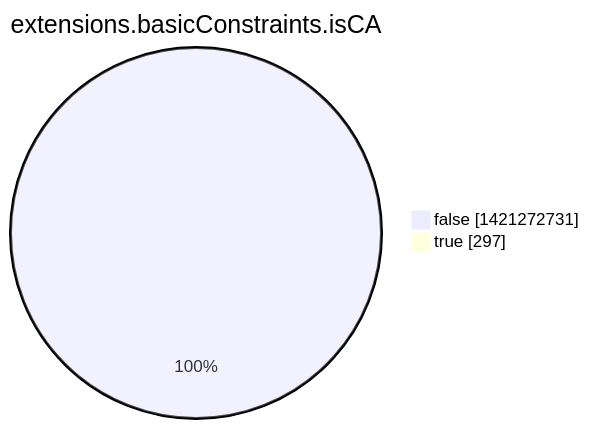
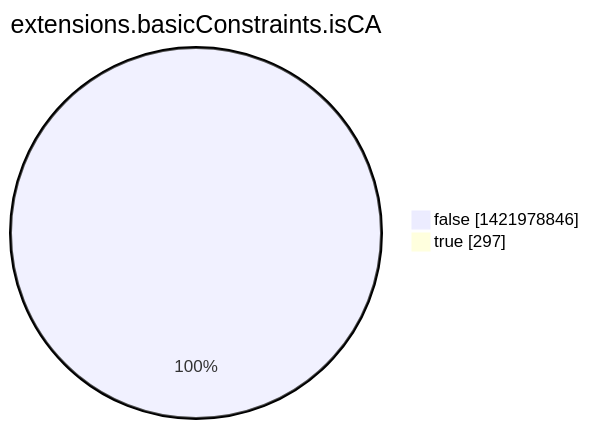
Before and after one commit to christiankrug/ctmonitor_visualization: the eighth of 15 diagrams in argon2022/README.md, drawn with Mermaid. The commit also changed other lines of this file, not shown here.

````diff
--- a/argon2022/README.md
+++ b/argon2022/README.md
@@ -2760,6 +2760,6 @@
 ```mermaid
 pie showData
 title extensions.basicConstraints.isCA
-"false" :1421272731
+"false" :1421978846
 "true" :297
 ```
````
